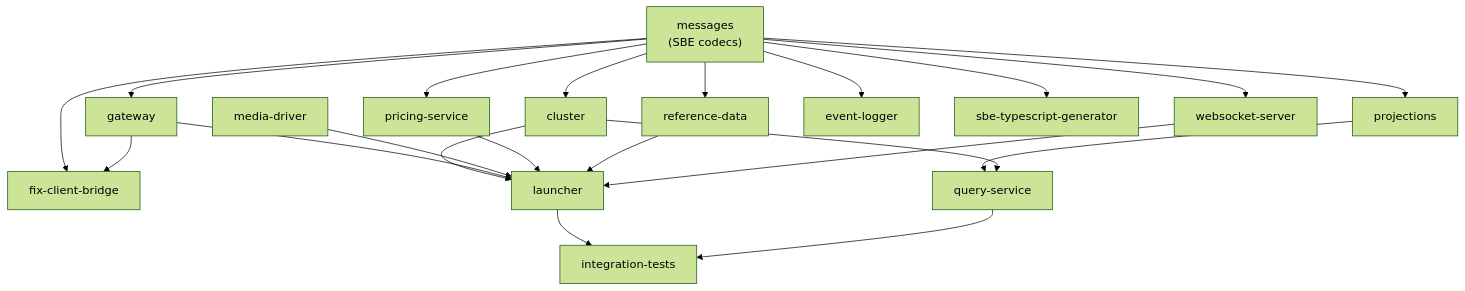
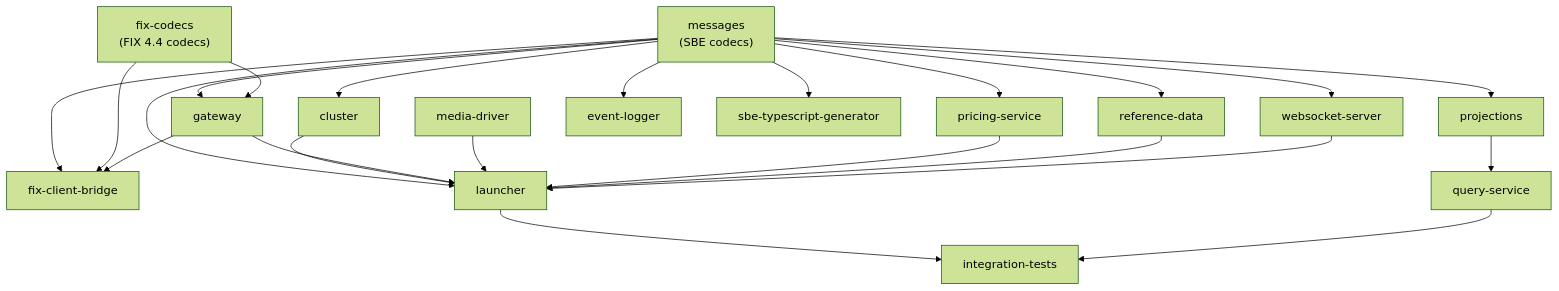
Before and after one commit to jsohi/app-trading-engine: the second of 2 diagrams in docs/architecture.md, drawn with Mermaid (forest theme). The commit also changed other lines of this file and 15 other files, not shown here.

````diff
--- a/docs/architecture.md
+++ b/docs/architecture.md
@@ -62,29 +62,33 @@
 ```mermaid
 graph TB
     messages["messages<br/>(SBE codecs)"]
+    fix-codecs["fix-codecs<br/>(FIX 4.4 codecs)"]
 
     messages --> cluster
     messages --> gateway
     messages --> projections
     messages --> pricing-service["pricing-service"]
     messages --> reference-data["reference-data"]
     messages --> fix-client-bridge["fix-client-bridge"]
     messages --> websocket-server["websocket-server"]
     messages --> event-logger["event-logger"]
     messages --> sbe-ts-generator["sbe-typescript-generator"]
+    messages --> launcher
+
+    fix-codecs --> gateway
+    fix-codecs --> fix-client-bridge
 
     cluster --> launcher
     gateway --> launcher
     media-driver["media-driver"] --> launcher
     pricing-service --> launcher
     reference-data --> launcher
     websocket-server --> launcher
 
     projections --> query-service["query-service"]
-    cluster --> query-service
 
     gateway --> fix-client-bridge
 
     launcher --> integration-tests["integration-tests"]
     query-service --> integration-tests
 ```
````
